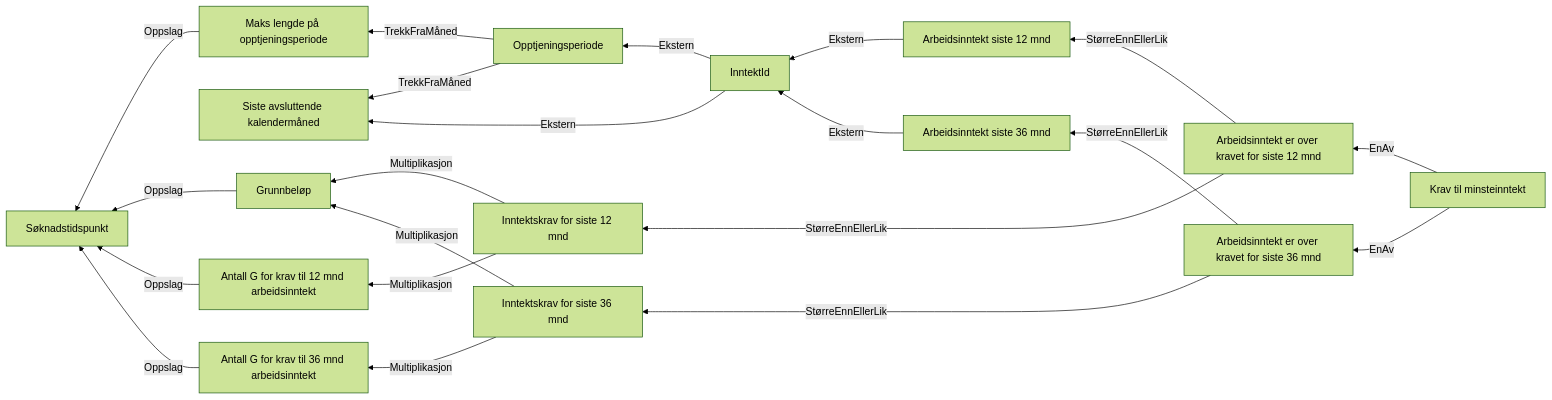
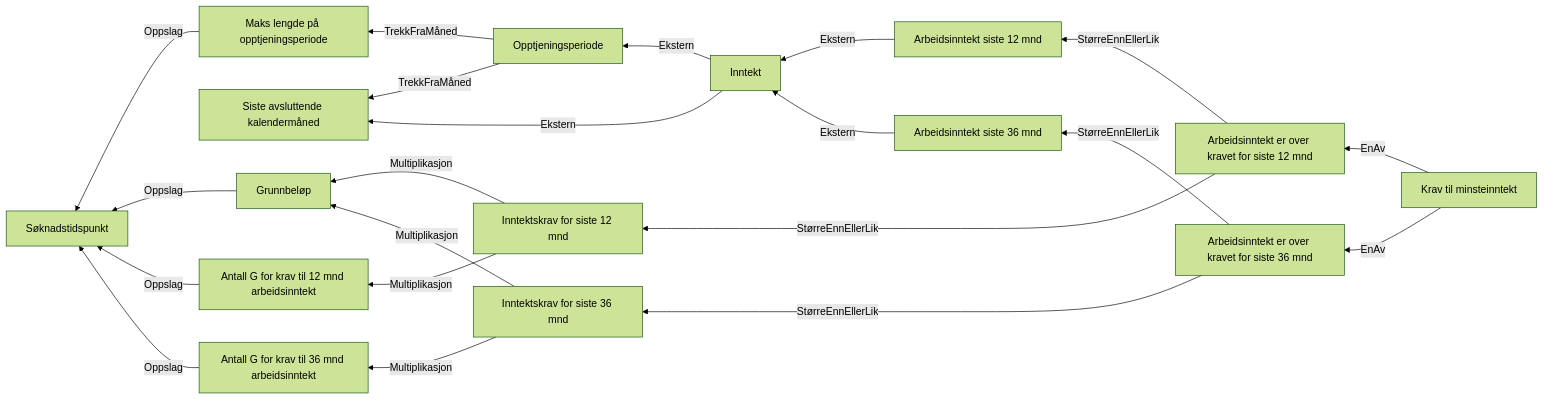
One commit to navikt/dp-vedtak changed the diagram in docs/regler/§ 4-4. Krav til minsteinntekt.approved.md. Above: the diagram before and after it, drawn with Mermaid (forest theme). The commit also changed 4 other files, not shown here.

````diff
--- a/docs/regler/§ 4-4. Krav til minsteinntekt.approved.md
+++ b/docs/regler/§ 4-4. Krav til minsteinntekt.approved.md
@@ -5,23 +5,23 @@
 ```mermaid
                     graph RL
   A["Maks lengde på opptjeningsperiode"] -->|"Oppslag"| B["Søknadstidspunkt"]
   C["Opptjeningsperiode"] -->|"TrekkFraMåned"| D["Siste avsluttende kalendermåned"]
   C["Opptjeningsperiode"] -->|"TrekkFraMåned"| A["Maks lengde på opptjeningsperiode"]
-  E["InntektId"] -->|"Ekstern"| D["Siste avsluttende kalendermåned"]
-  E["InntektId"] -->|"Ekstern"| C["Opptjeningsperiode"]
+  E["Inntekt"] -->|"Ekstern"| D["Siste avsluttende kalendermåned"]
+  E["Inntekt"] -->|"Ekstern"| C["Opptjeningsperiode"]
   F["Grunnbeløp"] -->|"Oppslag"| B["Søknadstidspunkt"]
-  G["Arbeidsinntekt siste 12 mnd"] -->|"Ekstern"| E["InntektId"]
+  G["Arbeidsinntekt siste 12 mnd"] -->|"Ekstern"| E["Inntekt"]
   H["Antall G for krav til 12 mnd arbeidsinntekt"] -->|"Oppslag"| B["Søknadstidspunkt"]
   I["Inntektskrav for siste 12 mnd"] -->|"Multiplikasjon"| H["Antall G for krav til 12 mnd arbeidsinntekt"]
   I["Inntektskrav for siste 12 mnd"] -->|"Multiplikasjon"| F["Grunnbeløp"]
   J["Arbeidsinntekt er over kravet for siste 12 mnd"] -->|"StørreEnnEllerLik"| G["Arbeidsinntekt siste 12 mnd"]
   J["Arbeidsinntekt er over kravet for siste 12 mnd"] -->|"StørreEnnEllerLik"| I["Inntektskrav for siste 12 mnd"]
-  K["Arbeidsinntekt siste 36 mnd"] -->|"Ekstern"| E["InntektId"]
+  K["Arbeidsinntekt siste 36 mnd"] -->|"Ekstern"| E["Inntekt"]
   L["Antall G for krav til 36 mnd arbeidsinntekt"] -->|"Oppslag"| B["Søknadstidspunkt"]
   M["Inntektskrav for siste 36 mnd"] -->|"Multiplikasjon"| L["Antall G for krav til 36 mnd arbeidsinntekt"]
   M["Inntektskrav for siste 36 mnd"] -->|"Multiplikasjon"| F["Grunnbeløp"]
   N["Arbeidsinntekt er over kravet for siste 36 mnd"] -->|"StørreEnnEllerLik"| K["Arbeidsinntekt siste 36 mnd"]
   N["Arbeidsinntekt er over kravet for siste 36 mnd"] -->|"StørreEnnEllerLik"| M["Inntektskrav for siste 36 mnd"]
   O["Krav til minsteinntekt"] -->|"EnAv"| J["Arbeidsinntekt er over kravet for siste 12 mnd"]
   O["Krav til minsteinntekt"] -->|"EnAv"| N["Arbeidsinntekt er over kravet for siste 36 mnd"]
 ```
````
